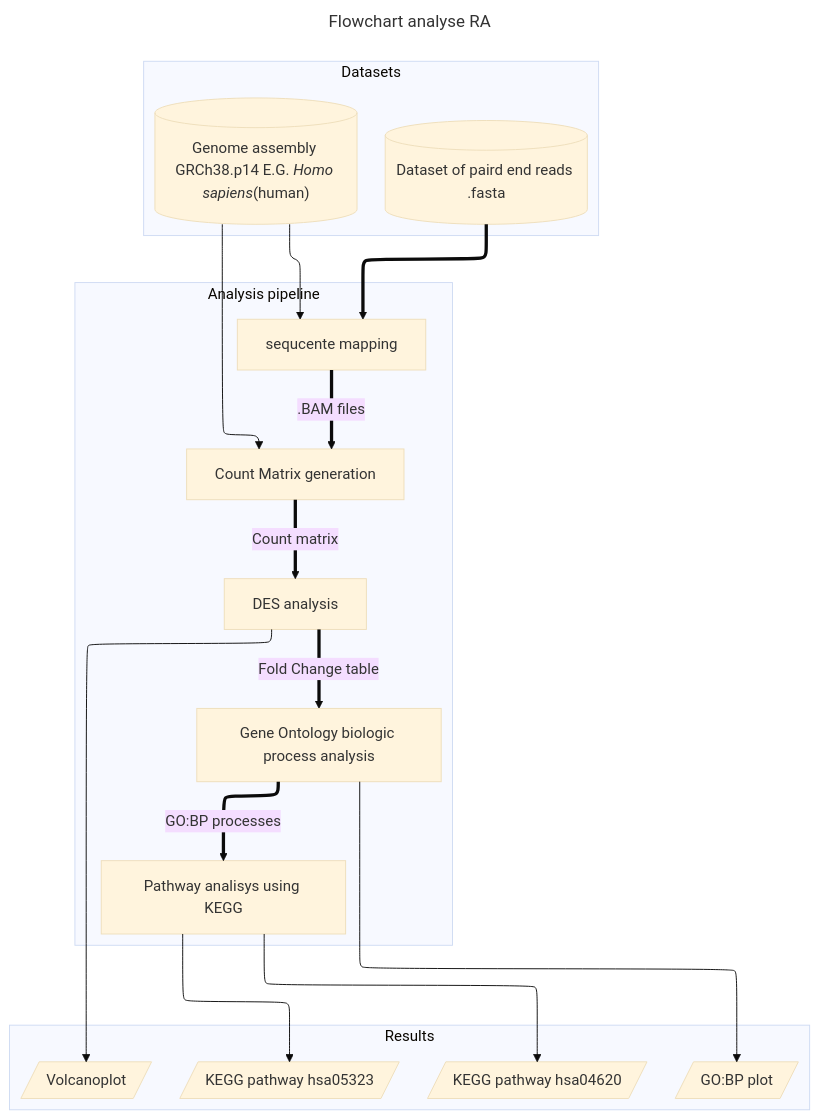
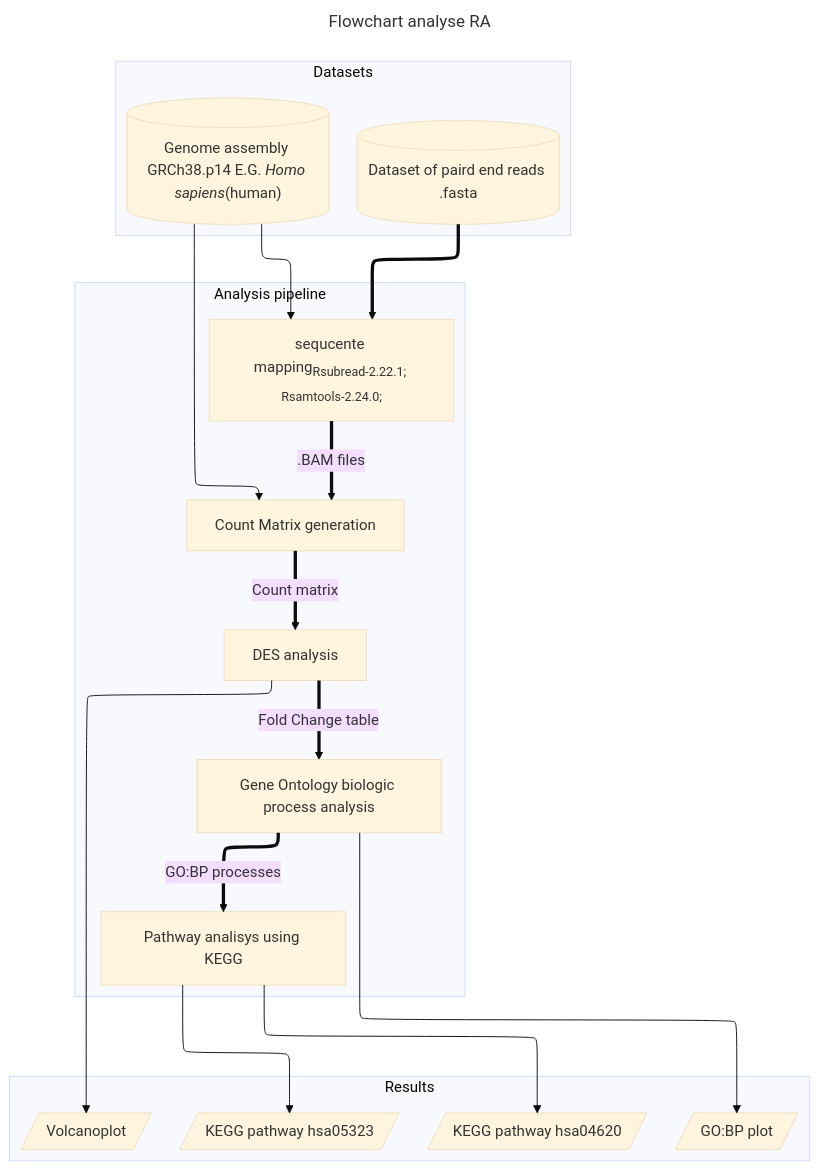
Before and after one commit to Quantum-Coder826/J2P4casusTranscriptomics: the diagram in README.md, drawn with Mermaid (base theme).

Commit message:
Markdonw test

````diff
--- a/README.md
+++ b/README.md
@@ -38,47 +38,47 @@
 ```mermaid
 ---
 config:
   flowchart:
     defaultRenderer: elk
 title: Flowchart analyse RA 
 ---
 flowchart-elk TB
   subgraph thee [Datasets]
     HG38[("`Genome assembly GRCh38.p14 E.G. *Homo sapiens*(human)`")]
     dataset[("Dataset of paird end reads .fasta")]
   end
   
   subgraph one [Analysis pipeline]
     HG38 --> seq_map
     HG38 --> matrix
     
     dataset ==> seq_map
     
-    seq_map["sequcente mapping"] ==>|".BAM files"| matrix
+    seq_map["`sequcente mapping<sub>Rsubread-2.22.1; Rsamtools-2.24.0;</sub>`"] ==>|".BAM files"| matrix
     matrix["Count Matrix generation"] ==>|"Count matrix"| data_ana
     data_ana["DES analysis"] ==>|"Fold Change table"| GO_ana
     GO_ana["Gene Ontology biologic process analysis"] ==>|"GO:BP processes"| KEGG_ana
     KEGG_ana["Pathway analisys using KEGG"]
   end
   
   subgraph two [Results]
     GO_ana ---> GO_plot[/"GO:BP plot"/]
     KEGG_ana ---> KEGG_hsa05323[/"KEGG pathway hsa05323"/]
     KEGG_ana ---> KEGG_hsa04620[/"KEGG pathway hsa04620"/]
     data_ana ---> Volcano[/"Volcanoplot"/]
   end
   
   classDef hidden display: none
   click HG38 "https://www.ncbi.nlm.nih.gov/datasets/genome/GCF_000001405.40/"
   click seq_map "https://github.com/Quantum-Coder826/J2P4casusTranscriptomics/blob/main/scripts/seq_mapping.R"
   click matrix "https://github.com/Quantum-Coder826/J2P4casusTranscriptomics/blob/main/scripts/count_matrix.R"
   click data_ana "https://github.com/Quantum-Coder826/J2P4casusTranscriptomics/blob/main/scripts/data_ana.R"
   click GO_ana "https://github.com/Quantum-Coder826/J2P4casusTranscriptomics/blob/main/scripts/GO_analysis.R"
   click KEGG_ana "https://github.com/Quantum-Coder826/J2P4casusTranscriptomics/blob/main/scripts/KEGG_analysis.R"
   click GO_plot "https://github.com/Quantum-Coder826/J2P4casusTranscriptomics/#Fig2"
   click KEGG_hsa05323 "https://github.com/Quantum-Coder826/J2P4casusTranscriptomics/#Fig3"
   click KEGG_hsa04620 "https://github.com/Quantum-Coder826/J2P4casusTranscriptomics/#Fig4"
   click Volcano "https://github.com/Quantum-Coder826/J2P4casusTranscriptomics/#Fig1"
   click dataset "https://github.com/Quantum-Coder826/J2P4casusTranscriptomics/tree/main/dataset"
 
 ```
````
